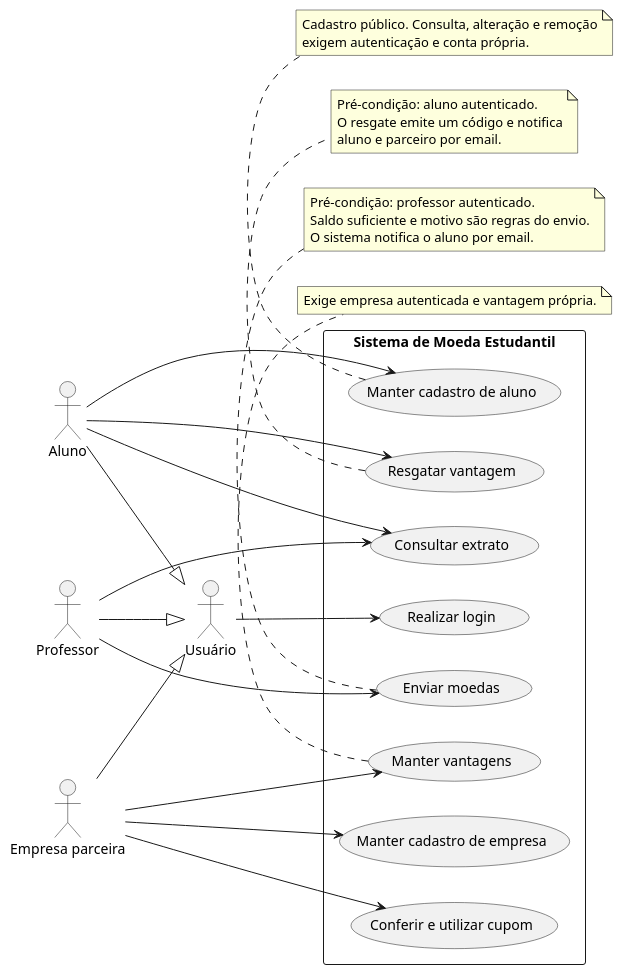
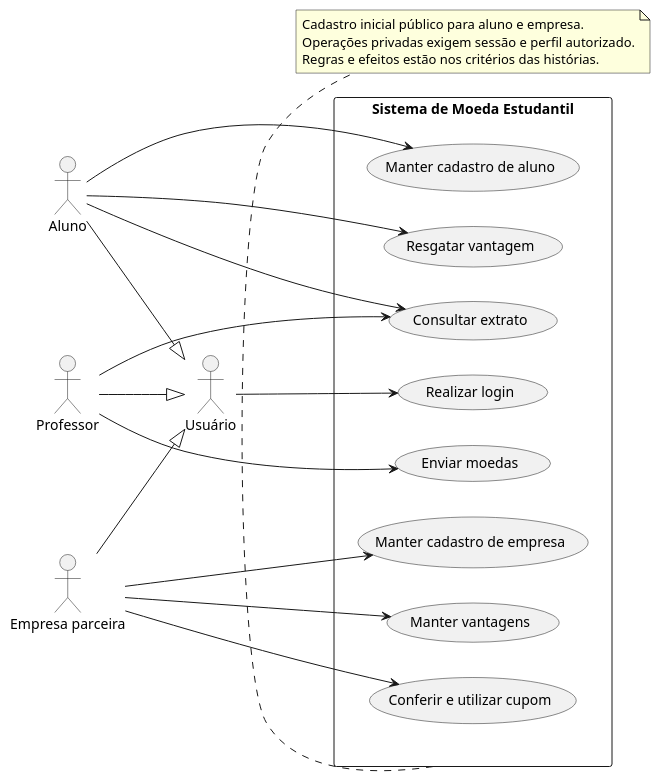
One commit to lucasnmc12/lab03-moeda-estudantil changed the diagram in docs/diagramas/casos-de-uso.puml. Above: the diagram before and after it, drawn with PlantUML. The commit also changed 30 other files, not shown here.

```diff
--- a/docs/diagramas/casos-de-uso.puml
+++ b/docs/diagramas/casos-de-uso.puml
@@ -1,47 +1,35 @@
 @startuml casos_de_uso
 left to right direction
 skinparam shadowing false
 actor "Usuário" as Usuario
 actor Aluno
 actor Professor
 actor "Empresa parceira" as Empresa
 Aluno --|> Usuario
 Professor --|> Usuario
 Empresa --|> Usuario
-rectangle "Sistema de Moeda Estudantil" {
+rectangle "Sistema de Moeda Estudantil" as Sistema {
   usecase "Realizar login" as UC01
   usecase "Manter cadastro de aluno" as UC02
   usecase "Manter cadastro de empresa" as UC03
   usecase "Enviar moedas" as UC04
   usecase "Consultar extrato" as UC05
   usecase "Manter vantagens" as UC06
   usecase "Resgatar vantagem" as UC07
   usecase "Conferir e utilizar cupom" as UC08
 }
 Usuario --> UC01
 Aluno --> UC02
 Empresa --> UC03
 Professor --> UC04
 Aluno --> UC05
 Professor --> UC05
 Empresa --> UC06
 Aluno --> UC07
 Empresa --> UC08
-note bottom of UC02
-Cadastro público. Consulta, alteração e remoção
-exigem autenticação e conta própria.
-end note
-note bottom of UC04
-Pré-condição: professor autenticado.
-Saldo suficiente e motivo são regras do envio.
-O sistema notifica o aluno por email.
-end note
-note bottom of UC07
-Pré-condição: aluno autenticado.
-O resgate emite um código e notifica
-aluno e parceiro por email.
-end note
-note bottom of UC06
-Exige empresa autenticada e vantagem própria.
+note bottom of Sistema
+Cadastro inicial público para aluno e empresa.
+Operações privadas exigem sessão e perfil autorizado.
+Regras e efeitos estão nos critérios das histórias.
 end note
 @enduml
```
